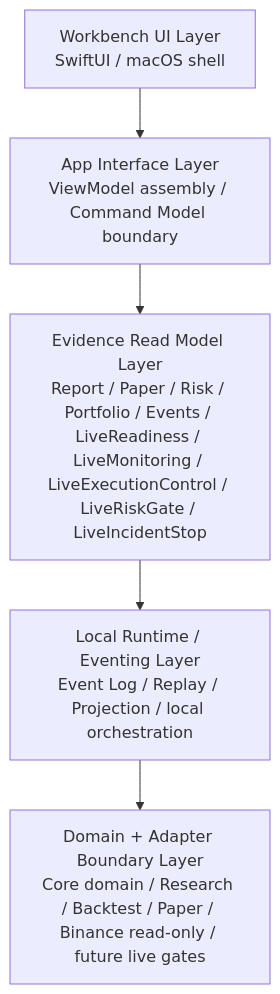
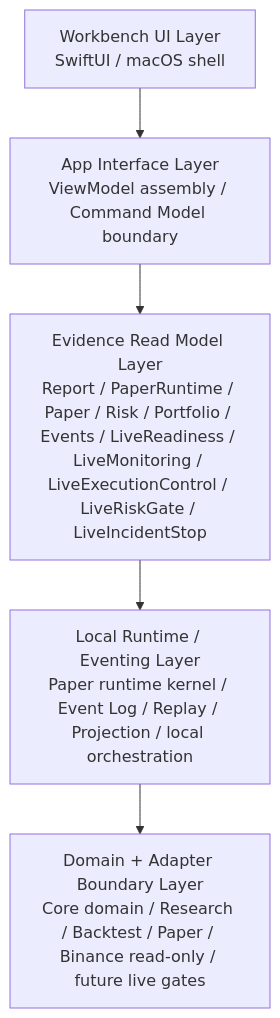
One commit to atxinbao/MTPRO changed the diagram in docs/architecture.md. Above: the diagram before and after it, drawn with Mermaid. The commit also changed other lines of this file and 8 other files, not shown here.

Commit message:
docs: close event-driven paper runtime root docs gate (#199)

````diff
--- a/docs/architecture.md
+++ b/docs/architecture.md
@@ -47,10 +47,10 @@
 ```mermaid
 flowchart TB
     L1["Workbench UI Layer<br/>SwiftUI / macOS shell"]
     L2["App Interface Layer<br/>ViewModel assembly / Command Model boundary"]
-    L3["Evidence Read Model Layer<br/>Report / Paper / Risk / Portfolio / Events / LiveReadiness / LiveMonitoring / LiveExecutionControl / LiveRiskGate / LiveIncidentStop"]
-    L4["Local Runtime / Eventing Layer<br/>Event Log / Replay / Projection / local orchestration"]
+    L3["Evidence Read Model Layer<br/>Report / PaperRuntime / Paper / Risk / Portfolio / Events / LiveReadiness / LiveMonitoring / LiveExecutionControl / LiveRiskGate / LiveIncidentStop"]
+    L4["Local Runtime / Eventing Layer<br/>Paper runtime kernel / Event Log / Replay / Projection / local orchestration"]
     L5["Domain + Adapter Boundary Layer<br/>Core domain / Research / Backtest / Paper / Binance read-only / future live gates"]
 
     L1 --> L2 --> L3 --> L4 --> L5
 ```
````
